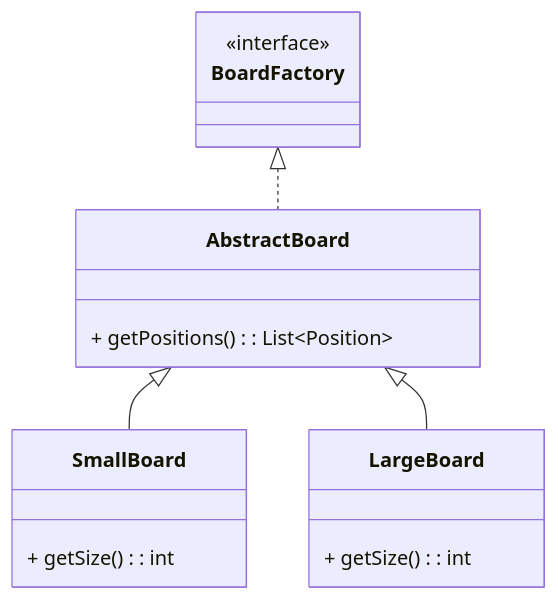
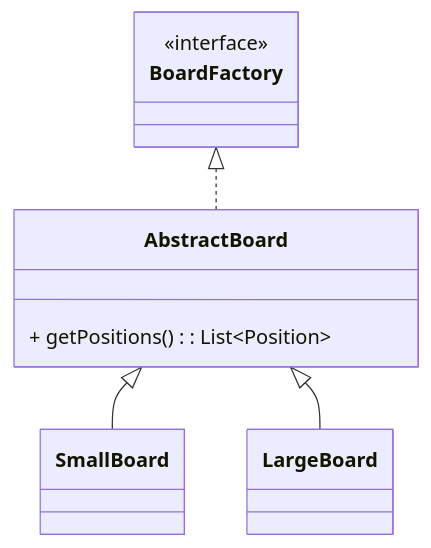
Before and after one commit to SirRmelTheThird/HyperJump: the fifth of 14 diagrams in README.md, drawn with Mermaid. The commit also changed other lines of this file, not shown here.

````diff
--- a/README.md
+++ b/README.md
@@ -285,23 +281,19 @@
 ```mermaid
 classDiagram
     AbstractBoard <|-- SmallBoard
     AbstractBoard <|-- LargeBoard
     BoardFactory <|.. AbstractBoard
 
     class BoardFactory {
         <<interface>>
     }
 
     class AbstractBoard {
         + getPositions(): List~Position~
     }
 
-    class SmallBoard {
-        + getSize(): int
-    }
+    class SmallBoard
 
-    class LargeBoard {
-        + getSize(): int
-    }
+    class LargeBoard
 
 ```
````
